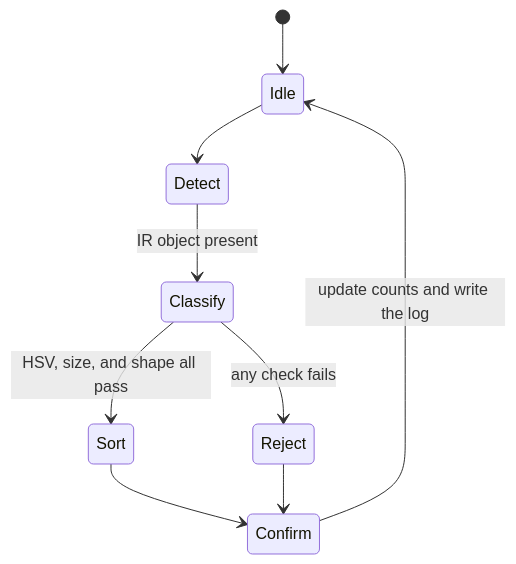
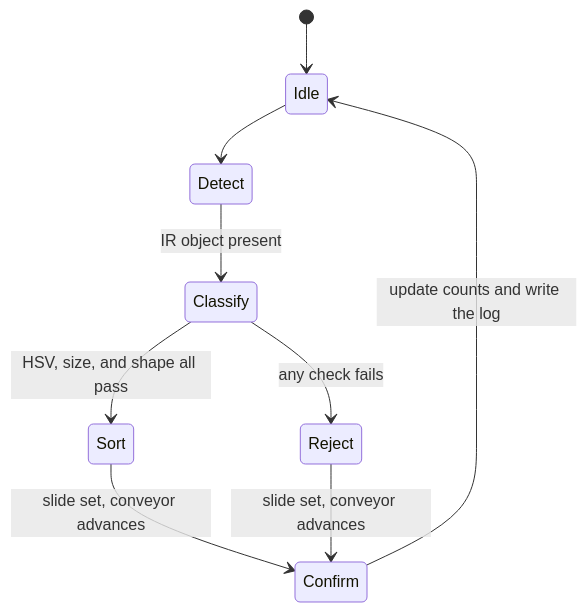
Before and after one commit to JaymondAU/LabViewObjectSorter: the diagram in README.md, drawn with Mermaid. The commit also changed other lines of this file and 6 other files, not shown here.

````diff
--- a/README.md
+++ b/README.md
@@ -68,11 +72,11 @@
 ```mermaid
 stateDiagram-v2
   [*] --> Idle
   Idle --> Detect
   Detect --> Classify: IR object present
   Classify --> Sort: HSV, size, and shape all pass
   Classify --> Reject: any check fails
-  Sort --> Confirm
-  Reject --> Confirm
+  Sort --> Confirm: slide set, conveyor advances
+  Reject --> Confirm: slide set, conveyor advances
   Confirm --> Idle: update counts and write the log
 ```
````
